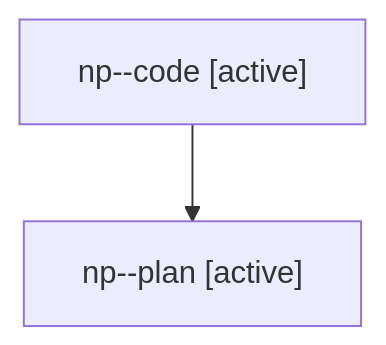
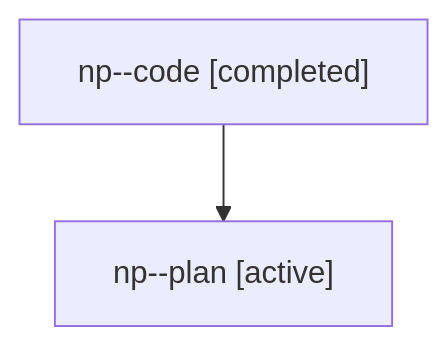
Before and after one commit to sase-org/sase--agents: the diagram in sessions/bbugyi200.athena.np.md, drawn with Mermaid. The commit also changed other lines of this file and 10 other files, not shown here.

````diff
--- a/sessions/bbugyi200.athena.np.md
+++ b/sessions/bbugyi200.athena.np.md
@@ -9,6 +9,6 @@
 ```mermaid
 flowchart TD
-  n0["np--code [active]"]
+  n0["np--code [completed]"]
   n1["np--plan [active]"]
   n0 --> n1
 ```
````
